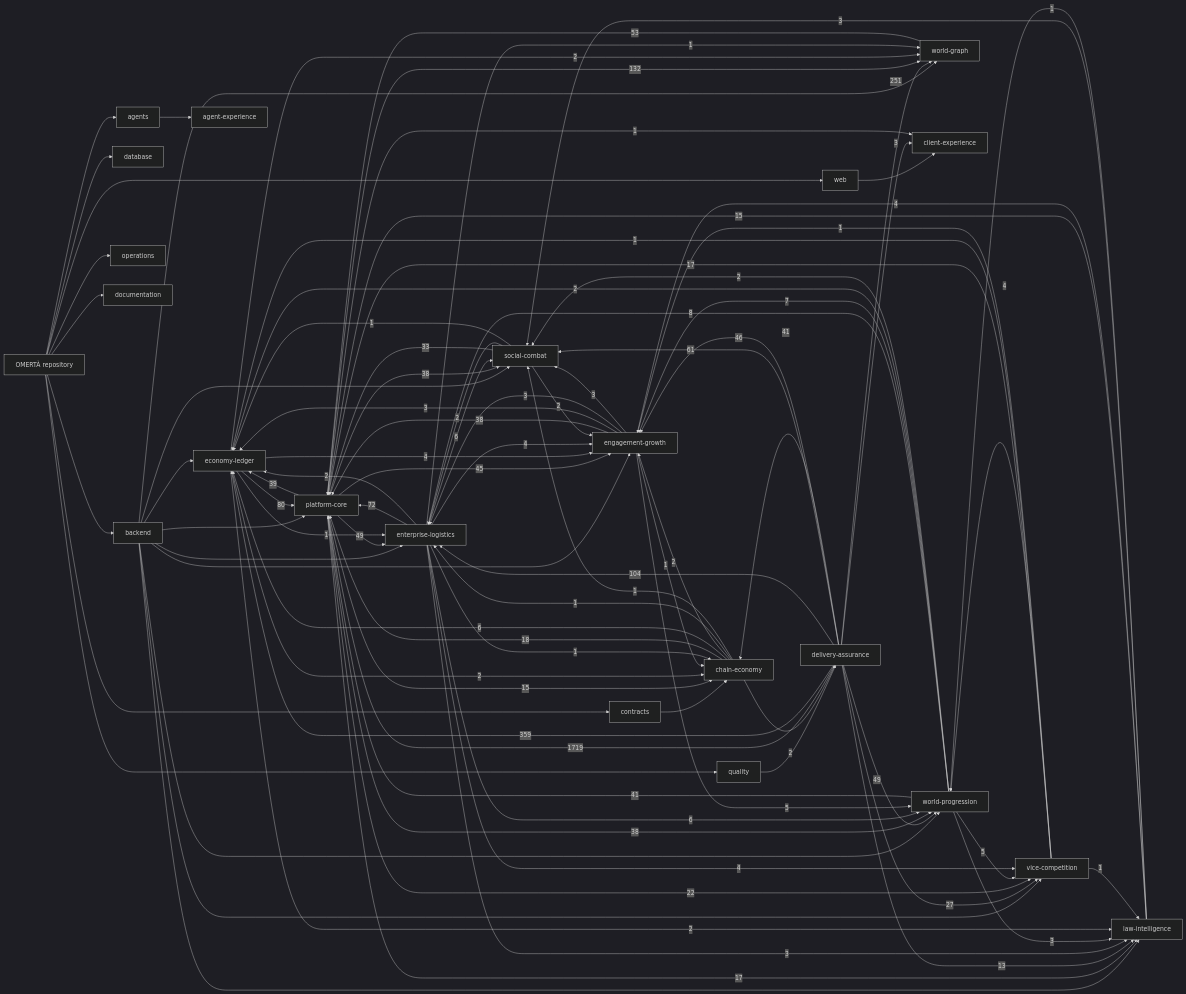
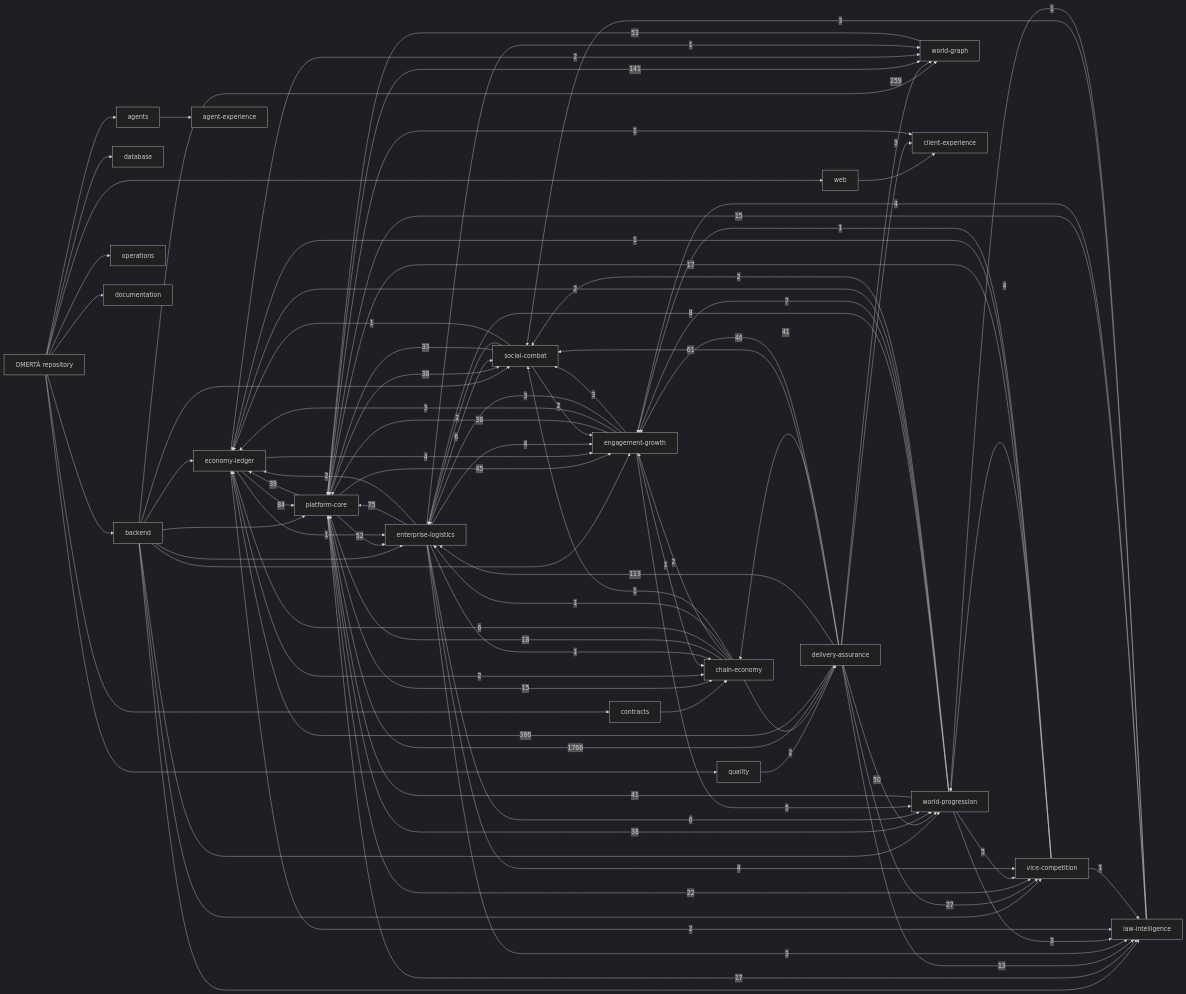
The diagram in knowledge/generated/graph.mmd (OmertaDev/Omerta), drawn with Mermaid (dark theme) before and after one commit. The commit also changed 8 other files, not shown here.

```diff
--- a/knowledge/generated/graph.mmd
+++ b/knowledge/generated/graph.mmd
@@ -1,113 +1,113 @@
 flowchart LR
   repo["OMERTÀ repository"]
   sub_backend["backend"]
   repo --> sub_backend
   sub_database["database"]
   repo --> sub_database
   sub_web["web"]
   repo --> sub_web
   sub_contracts["contracts"]
   repo --> sub_contracts
   sub_agents["agents"]
   repo --> sub_agents
   sub_quality["quality"]
   repo --> sub_quality
   sub_operations["operations"]
   repo --> sub_operations
   sub_documentation["documentation"]
   repo --> sub_documentation
   dom_platform-core["platform-core"]
   dom_economy-ledger["economy-ledger"]
   dom_social-combat["social-combat"]
   dom_world-progression["world-progression"]
   dom_world-graph["world-graph"]
   dom_enterprise-logistics["enterprise-logistics"]
   dom_vice-competition["vice-competition"]
   dom_law-intelligence["law-intelligence"]
   dom_chain-economy["chain-economy"]
   dom_engagement-growth["engagement-growth"]
   dom_client-experience["client-experience"]
   dom_agent-experience["agent-experience"]
   dom_delivery-assurance["delivery-assurance"]
   sub_agents --> dom_agent-experience
   sub_backend --> dom_economy-ledger
   sub_backend --> dom_engagement-growth
   sub_backend --> dom_enterprise-logistics
   sub_backend --> dom_law-intelligence
   sub_backend --> dom_platform-core
   sub_backend --> dom_social-combat
   sub_backend --> dom_vice-competition
   sub_backend --> dom_world-graph
   sub_backend --> dom_world-progression
   sub_contracts --> dom_chain-economy
   sub_quality --> dom_delivery-assurance
   sub_web --> dom_client-experience
-  dom_delivery-assurance -->|1719| dom_platform-core
-  dom_delivery-assurance -->|359| dom_economy-ledger
-  dom_delivery-assurance -->|251| dom_world-graph
-  dom_platform-core -->|132| dom_world-graph
-  dom_delivery-assurance -->|104| dom_enterprise-logistics
-  dom_economy-ledger -->|80| dom_platform-core
-  dom_enterprise-logistics -->|72| dom_platform-core
+  dom_delivery-assurance -->|1766| dom_platform-core
+  dom_delivery-assurance -->|366| dom_economy-ledger
+  dom_delivery-assurance -->|259| dom_world-graph
+  dom_platform-core -->|141| dom_world-graph
+  dom_delivery-assurance -->|113| dom_enterprise-logistics
+  dom_economy-ledger -->|84| dom_platform-core
+  dom_enterprise-logistics -->|75| dom_platform-core
   dom_delivery-assurance -->|61| dom_social-combat
   dom_world-graph -->|53| dom_platform-core
-  dom_delivery-assurance -->|49| dom_world-progression
-  dom_platform-core -->|49| dom_enterprise-logistics
+  dom_platform-core -->|52| dom_enterprise-logistics
+  dom_delivery-assurance -->|50| dom_world-progression
   dom_delivery-assurance -->|46| dom_engagement-growth
   dom_platform-core -->|45| dom_engagement-growth
   dom_delivery-assurance -->|41| dom_chain-economy
   dom_world-progression -->|41| dom_platform-core
   dom_platform-core -->|39| dom_economy-ledger
   dom_engagement-growth -->|38| dom_platform-core
   dom_platform-core -->|38| dom_social-combat
   dom_platform-core -->|38| dom_world-progression
   dom_social-combat -->|33| dom_platform-core
   dom_delivery-assurance -->|27| dom_vice-competition
   dom_platform-core -->|22| dom_vice-competition
   dom_chain-economy -->|18| dom_platform-core
   dom_platform-core -->|17| dom_law-intelligence
   dom_vice-competition -->|17| dom_platform-core
   dom_law-intelligence -->|15| dom_platform-core
   dom_platform-core -->|15| dom_chain-economy
   dom_delivery-assurance -->|13| dom_law-intelligence
   dom_world-progression -->|8| dom_enterprise-logistics
   dom_world-progression -->|7| dom_engagement-growth
   dom_chain-economy -->|6| dom_economy-ledger
   dom_enterprise-logistics -->|6| dom_social-combat
   dom_enterprise-logistics -->|6| dom_world-progression
   dom_engagement-growth -->|5| dom_world-progression
   dom_world-progression -->|5| dom_vice-competition
   dom_economy-ledger -->|4| dom_engagement-growth
   dom_enterprise-logistics -->|4| dom_engagement-growth
   dom_enterprise-logistics -->|4| dom_vice-competition
   dom_law-intelligence -->|4| dom_engagement-growth
   dom_vice-competition -->|4| dom_world-progression
   dom_delivery-assurance -->|3| dom_client-experience
   dom_engagement-growth -->|3| dom_economy-ledger
   dom_engagement-growth -->|3| dom_enterprise-logistics
   dom_engagement-growth -->|3| dom_social-combat
   dom_enterprise-logistics -->|3| dom_law-intelligence
   dom_law-intelligence -->|3| dom_social-combat
   dom_world-progression -->|3| dom_law-intelligence
   dom_chain-economy -->|2| dom_delivery-assurance
   dom_chain-economy -->|2| dom_engagement-growth
   dom_economy-ledger -->|2| dom_chain-economy
   dom_economy-ledger -->|2| dom_law-intelligence
   dom_economy-ledger -->|2| dom_world-graph
   dom_enterprise-logistics -->|2| dom_economy-ledger
   dom_social-combat -->|2| dom_engagement-growth
   dom_social-combat -->|2| dom_enterprise-logistics
   dom_world-progression -->|2| dom_economy-ledger
   dom_world-progression -->|2| dom_social-combat
   dom_chain-economy -->|1| dom_enterprise-logistics
   dom_chain-economy -->|1| dom_social-combat
   dom_economy-ledger -->|1| dom_enterprise-logistics
   dom_engagement-growth -->|1| dom_chain-economy
   dom_enterprise-logistics -->|1| dom_chain-economy
   dom_enterprise-logistics -->|1| dom_world-graph
   dom_law-intelligence -->|1| dom_world-progression
   dom_platform-core -->|1| dom_client-experience
   dom_social-combat -->|1| dom_economy-ledger
   dom_vice-competition -->|1| dom_economy-ledger
   dom_vice-competition -->|1| dom_engagement-growth
   dom_vice-competition -->|1| dom_law-intelligence
```
